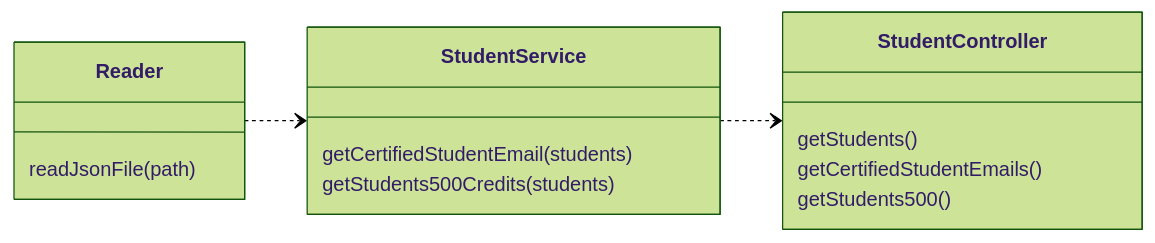
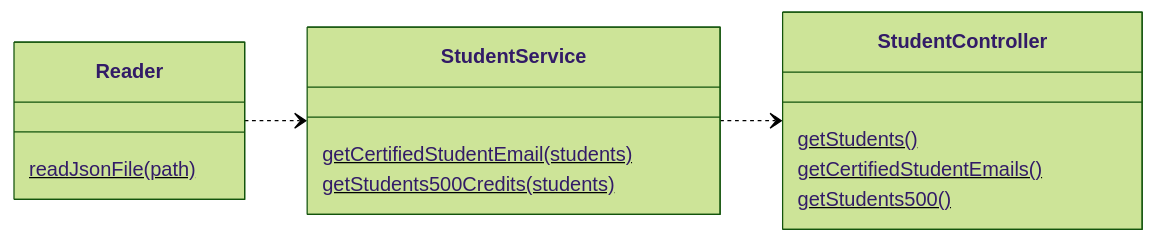
Before and after one commit to mariel-rs/visualthinking_api: the first of 2 diagrams in README.md, drawn with Mermaid (forest theme).

Commit message:
Modify class diagram to reflect static methods

````diff
--- a/README.md
+++ b/README.md
@@ -61,18 +61,18 @@
 ```mermaid
 classDiagram
     direction LR
     class Reader
-    Reader : readJsonFile(path)
+    Reader : readJsonFile(path)$
 
     class StudentService
-    StudentService : getCertifiedStudentEmail(students)
-    StudentService : getStudents500Credits(students)
+    StudentService : getCertifiedStudentEmail(students)$
+    StudentService : getStudents500Credits(students)$
 
     class StudentController
-    StudentController : getStudents()
-    StudentController : getCertifiedStudentEmails()
-    StudentController : getStudents500()
+    StudentController : getStudents()$
+    StudentController : getCertifiedStudentEmails()$
+    StudentController : getStudents500()$
 
     Reader ..> StudentService
     StudentService ..> StudentController
 ```
````
